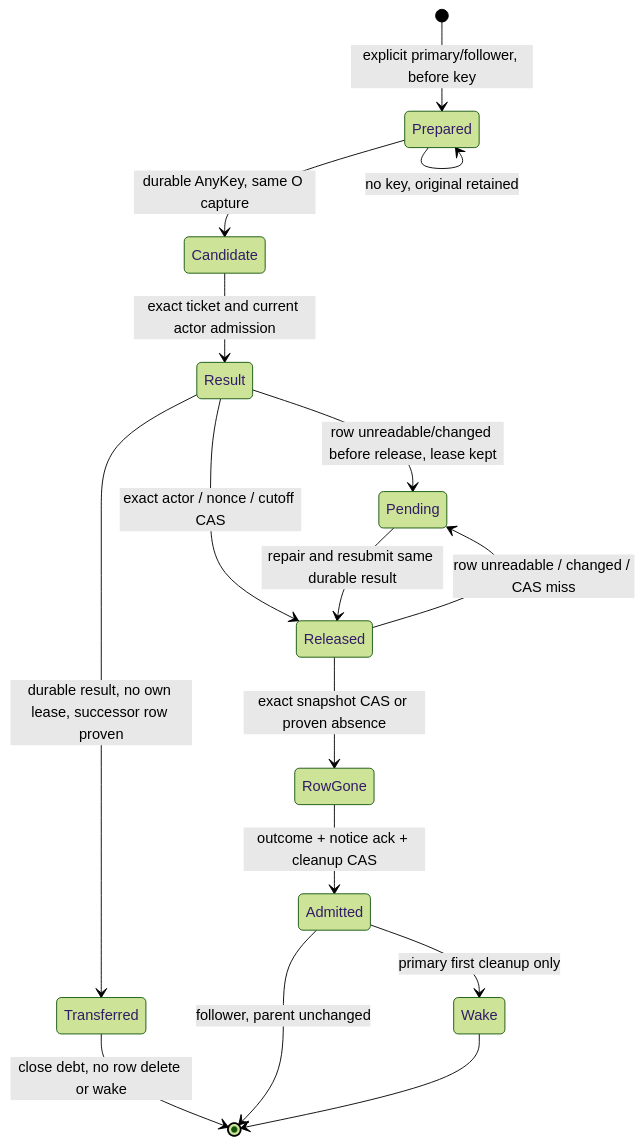
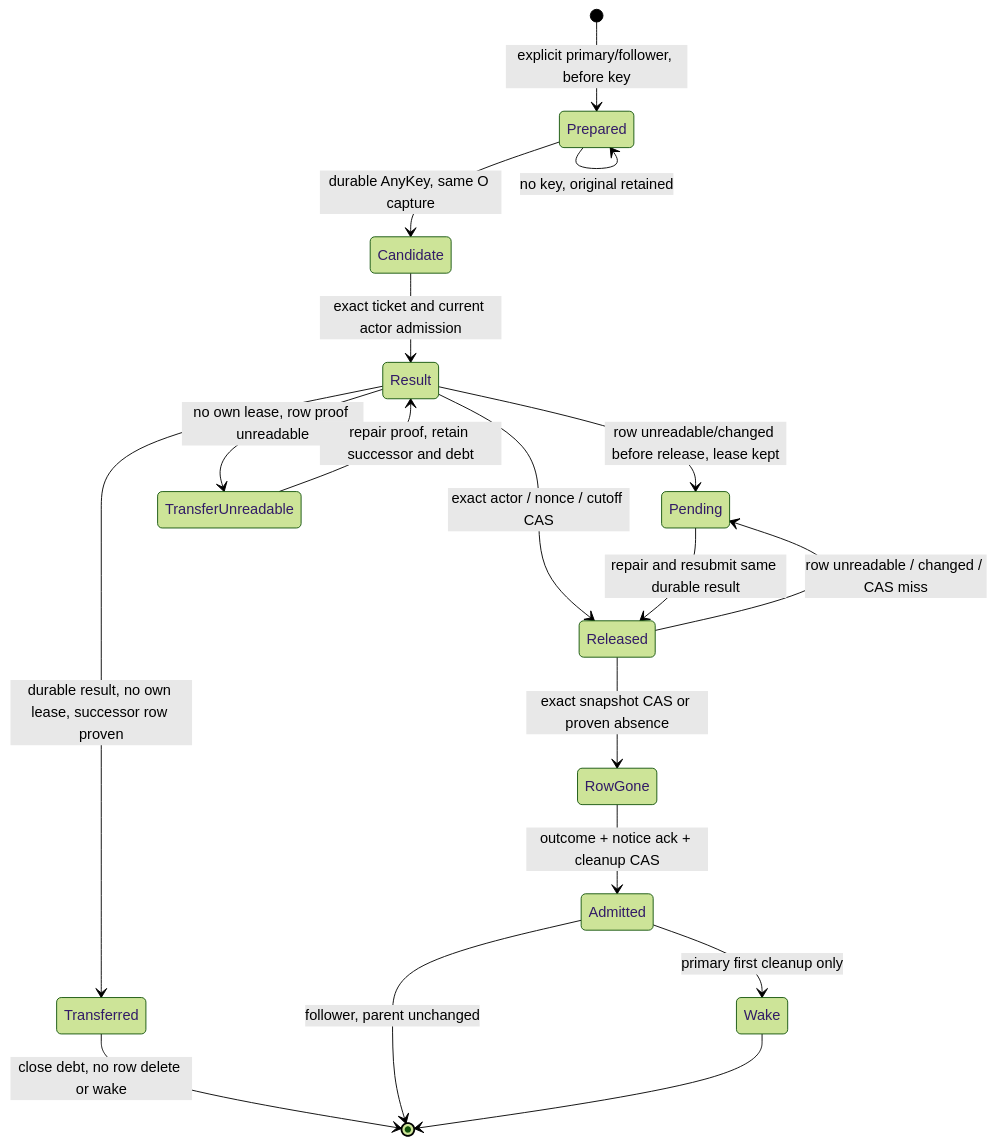
The diagram in docs/statecharts/input-single-path/native-attribution-b2b.chart.mmd (itismyfield/AgentDesk), drawn with Mermaid (forest theme) before and after one commit. The commit also changed 4 other files, not shown here.

```diff
--- a/docs/statecharts/input-single-path/native-attribution-b2b.chart.mmd
+++ b/docs/statecharts/input-single-path/native-attribution-b2b.chart.mmd
@@ -1,16 +1,18 @@
 stateDiagram-v2
     [*] --> Prepared: explicit primary/follower, before key
     Prepared --> Prepared: no key, original retained
     Prepared --> Candidate: durable AnyKey, same O capture
     Candidate --> Result: exact ticket and current actor admission
     Result --> Pending: row unreadable/changed before release, lease kept
     Result --> Released: exact actor / nonce / cutoff CAS
     Result --> Transferred: durable result, no own lease, successor row proven
+    Result --> TransferUnreadable: no own lease, row proof unreadable
+    TransferUnreadable --> Result: repair proof, retain successor and debt
     Transferred --> [*]: close debt, no row delete or wake
     Released --> Pending: row unreadable / changed / CAS miss
     Pending --> Released: repair and resubmit same durable result
     Released --> RowGone: exact snapshot CAS or proven absence
     RowGone --> Admitted: outcome + notice ack + cleanup CAS
     Admitted --> Wake: primary first cleanup only
     Admitted --> [*]: follower, parent unchanged
     Wake --> [*]
```
